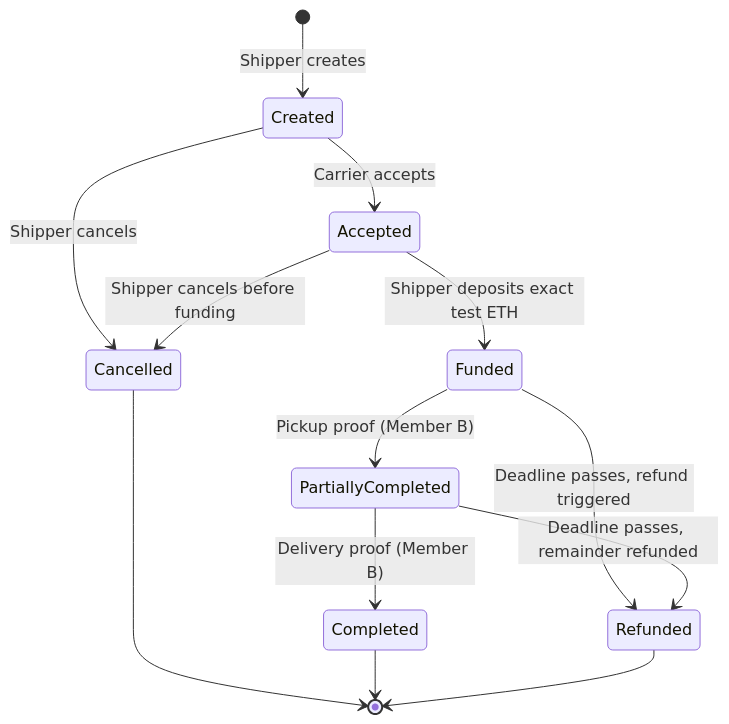
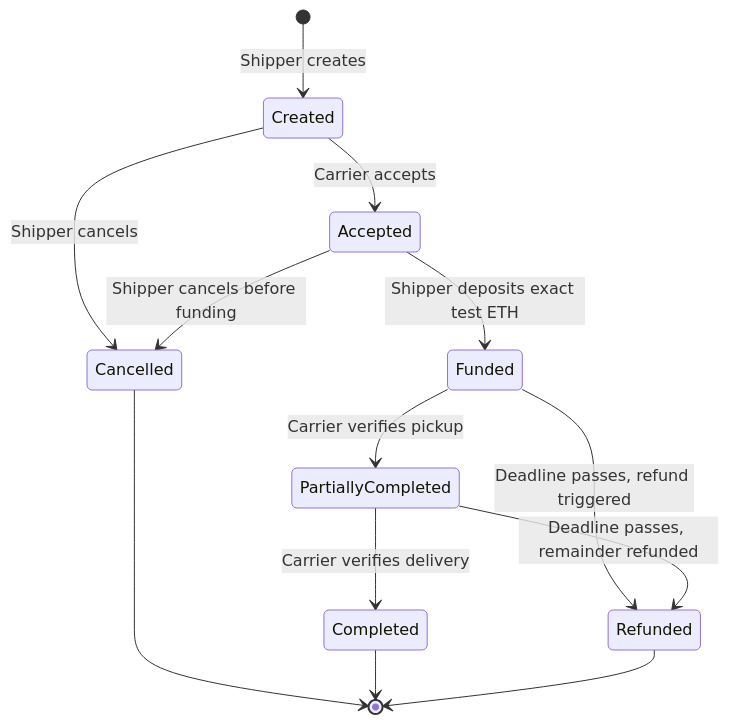
One commit to eizenschool/blockchainappdev changed the first of 2 diagrams in docs/BUSINESS_RULES.md. Above: the diagram before and after it, drawn with Mermaid. The commit also changed other lines of this file and 12 other files, not shown here.

````diff
--- a/docs/BUSINESS_RULES.md
+++ b/docs/BUSINESS_RULES.md
@@ -18,15 +25,15 @@
 ```mermaid
 stateDiagram-v2
     [*] --> Created: Shipper creates
     Created --> Accepted: Carrier accepts
     Created --> Cancelled: Shipper cancels
     Accepted --> Cancelled: Shipper cancels before funding
     Accepted --> Funded: Shipper deposits exact test ETH
-    Funded --> PartiallyCompleted: Pickup proof (Member B)
-    PartiallyCompleted --> Completed: Delivery proof (Member B)
+    Funded --> PartiallyCompleted: Carrier verifies pickup
+    PartiallyCompleted --> Completed: Carrier verifies delivery
     Funded --> Refunded: Deadline passes, refund triggered
     PartiallyCompleted --> Refunded: Deadline passes, remainder refunded
     Cancelled --> [*]
     Completed --> [*]
     Refunded --> [*]
 ```
````
